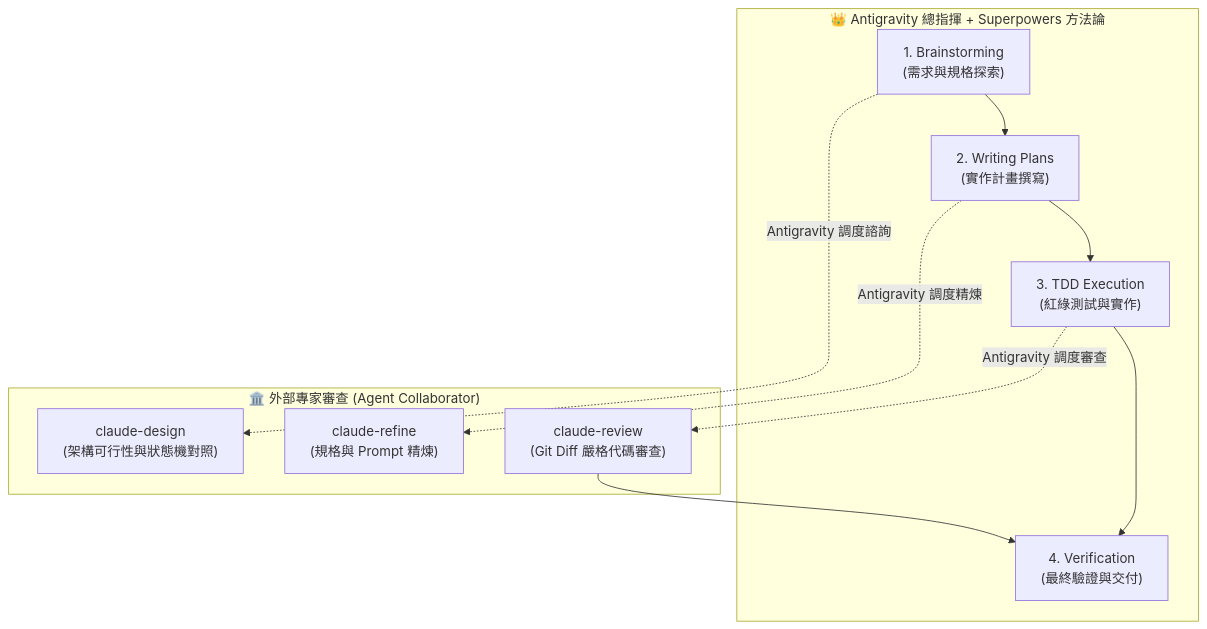
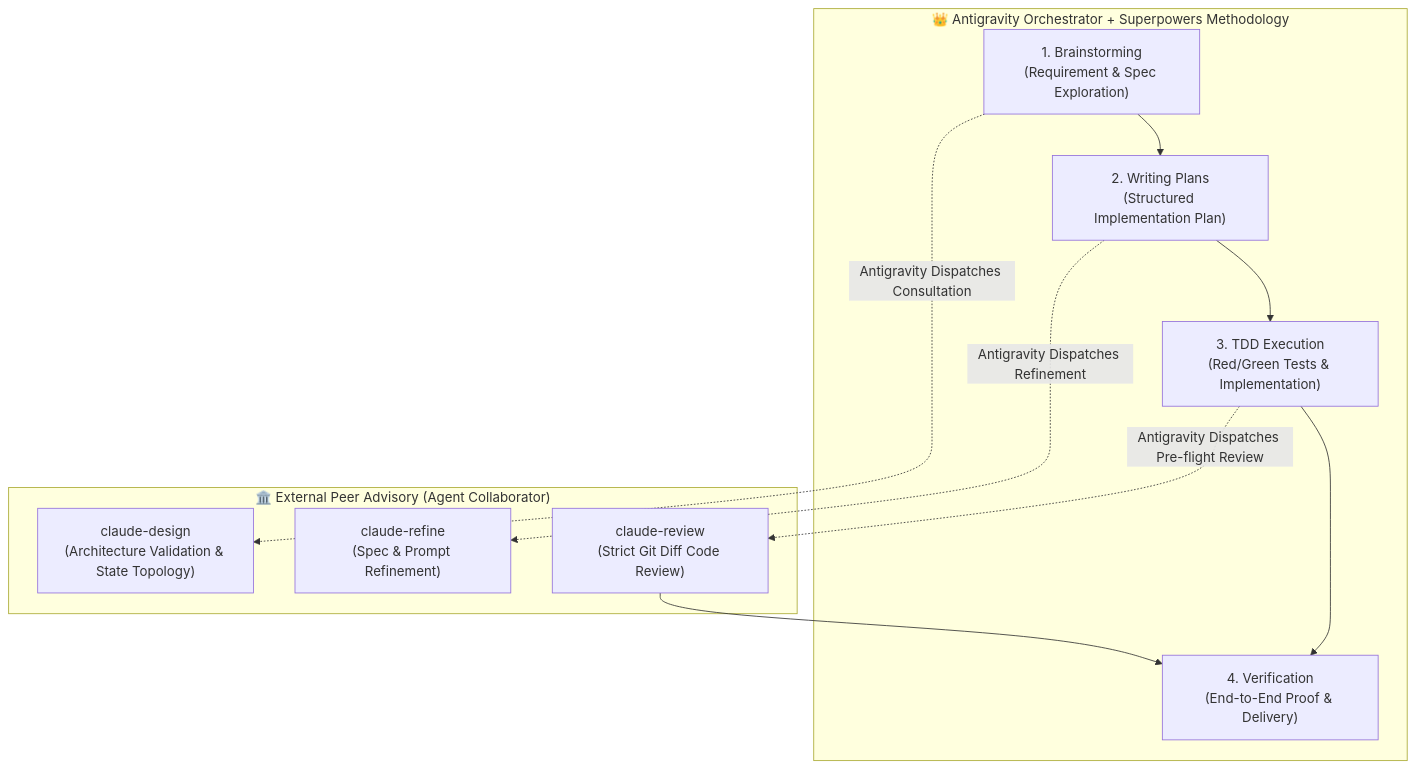
One commit to gogog22510/agent-collaborator changed the second of 2 diagrams in README.md. Above: the diagram before and after it, drawn with Mermaid. The commit also changed other lines of this file and 1 other file, not shown here.

````diff
--- a/README.md
+++ b/README.md
@@ -105,19 +116,19 @@
 ```mermaid
 flowchart TD
-    subgraph AntigravitySuperpowers["👑 Antigravity 總指揮 + Superpowers 方法論"]
-        B["1. Brainstorming<br/>(需求與規格探索)"] --> P["2. Writing Plans<br/>(實作計畫撰寫)"]
-        P --> T["3. TDD Execution<br/>(紅綠測試與實作)"]
-        T --> V["4. Verification<br/>(最終驗證與交付)"]
+    subgraph AntigravitySuperpowers["👑 Antigravity Orchestrator + Superpowers Methodology"]
+        B["1. Brainstorming<br/>(Requirement & Spec Exploration)"] --> P["2. Writing Plans<br/>(Structured Implementation Plan)"]
+        P --> T["3. TDD Execution<br/>(Red/Green Tests & Implementation)"]
+        T --> V["4. Verification<br/>(End-to-End Proof & Delivery)"]
     end
 
-    subgraph PeerAdvisors["🏛️ 外部專家審查 (Agent Collaborator)"]
-        CD["claude-design<br/>(架構可行性與狀態機對照)"]
-        CR["claude-refine<br/>(規格與 Prompt 精煉)"]
-        CW["claude-review<br/>(Git Diff 嚴格代碼審查)"]
+    subgraph PeerAdvisors["🏛️ External Peer Advisory (Agent Collaborator)"]
+        CD["claude-design<br/>(Architecture Validation & State Topology)"]
+        CR["claude-refine<br/>(Spec & Prompt Refinement)"]
+        CW["claude-review<br/>(Strict Git Diff Code Review)"]
     end
 
-    B -.->|Antigravity 調度諮詢| CD
-    P -.->|Antigravity 調度精煉| CR
-    T -.->|Antigravity 調度審查| CW
+    B -.->|Antigravity Dispatches Consultation| CD
+    P -.->|Antigravity Dispatches Refinement| CR
+    T -.->|Antigravity Dispatches Pre-flight Review| CW
     CW --> V
 ```
````
